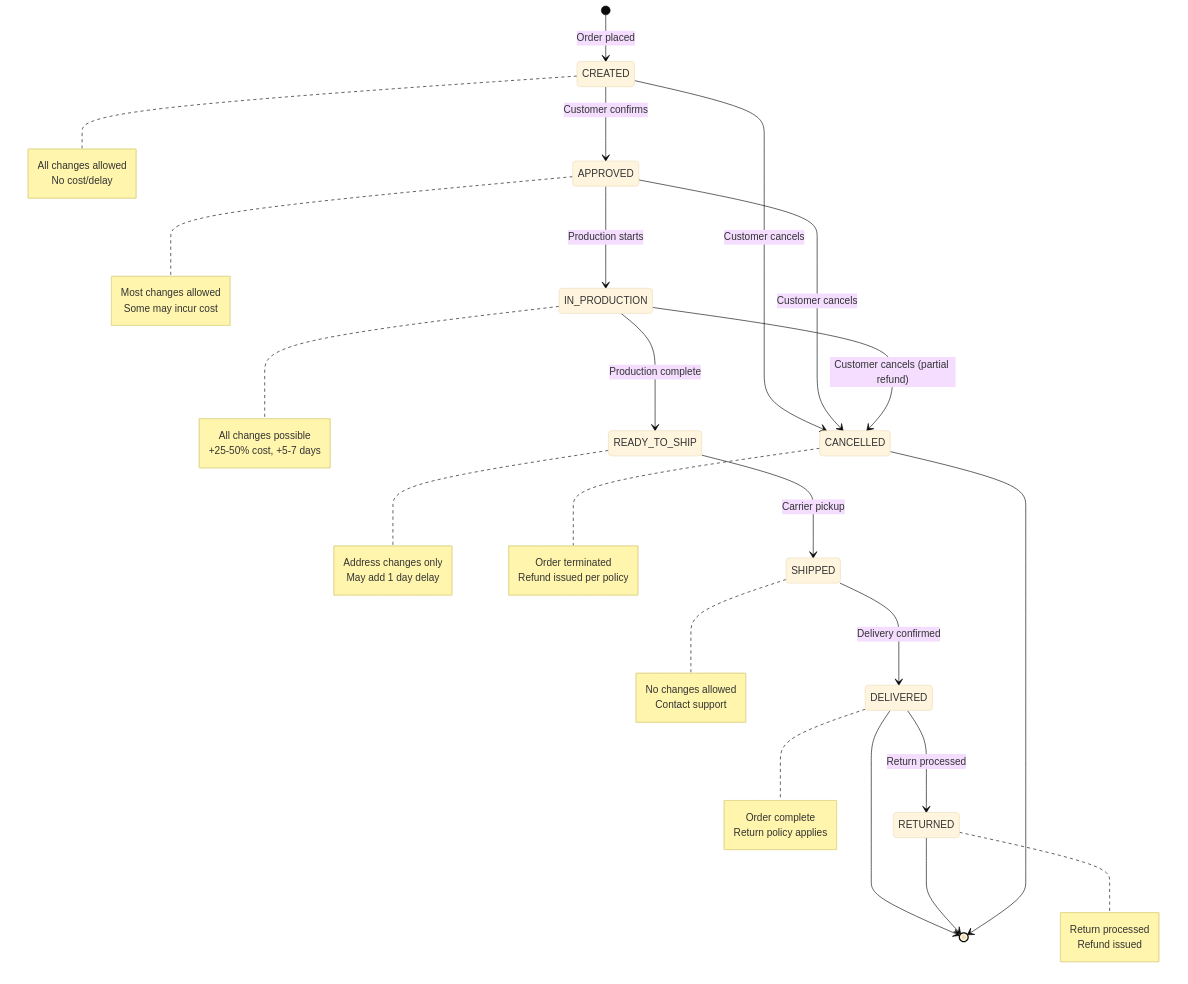
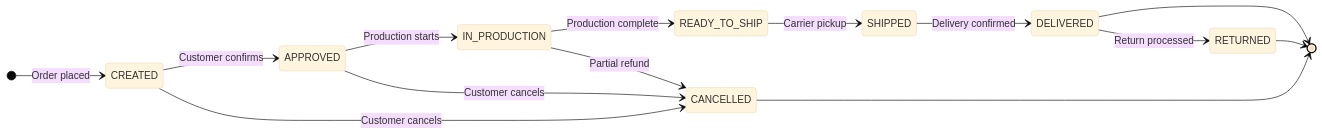
One commit to brandonvio/brightthread changed the diagram in docs/appendix/order-lifecycle.md. Above: the diagram before and after it, drawn with Mermaid (base theme). The commit also changed 4 other files, not shown here.

````diff
--- a/docs/appendix/order-lifecycle.md
+++ b/docs/appendix/order-lifecycle.md
@@ -14,56 +14,17 @@
 ```mermaid
 stateDiagram-v2
+    direction LR
     [*] --> CREATED: Order placed
     CREATED --> APPROVED: Customer confirms
     CREATED --> CANCELLED: Customer cancels
     APPROVED --> IN_PRODUCTION: Production starts
     APPROVED --> CANCELLED: Customer cancels
     IN_PRODUCTION --> READY_TO_SHIP: Production complete
-    IN_PRODUCTION --> CANCELLED: Customer cancels (partial refund)
+    IN_PRODUCTION --> CANCELLED: Partial refund
     READY_TO_SHIP --> SHIPPED: Carrier pickup
     SHIPPED --> DELIVERED: Delivery confirmed
     DELIVERED --> [*]
     DELIVERED --> RETURNED: Return processed
     RETURNED --> [*]
     CANCELLED --> [*]
-
-    note right of CREATED
-        All changes allowed
-        No cost/delay
-    end note
-
-    note right of APPROVED
-        Most changes allowed
-        Some may incur cost
-    end note
-
-    note right of IN_PRODUCTION
-        All changes possible
-        +25-50% cost, +5-7 days
-    end note
-
-    note right of READY_TO_SHIP
-        Address changes only
-        May add 1 day delay
-    end note
-
-    note right of SHIPPED
-        No changes allowed
-        Contact support
-    end note
-
-    note right of DELIVERED
-        Order complete
-        Return policy applies
-    end note
-
-    note right of RETURNED
-        Return processed
-        Refund issued
-    end note
-
-    note right of CANCELLED
-        Order terminated
-        Refund issued per policy
-    end note
 ```
````
